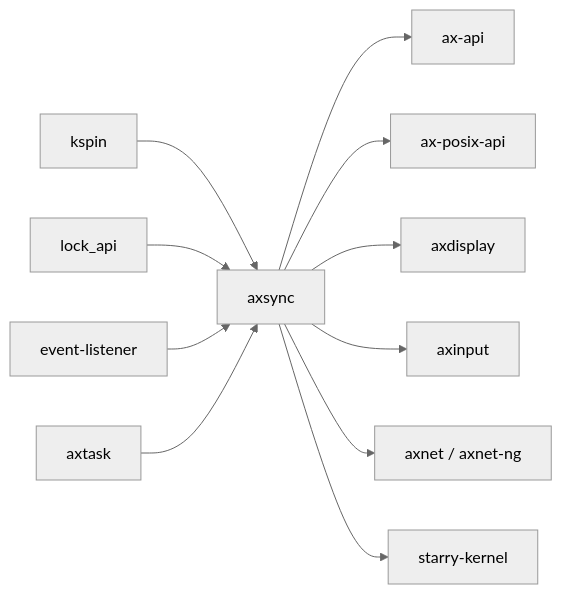
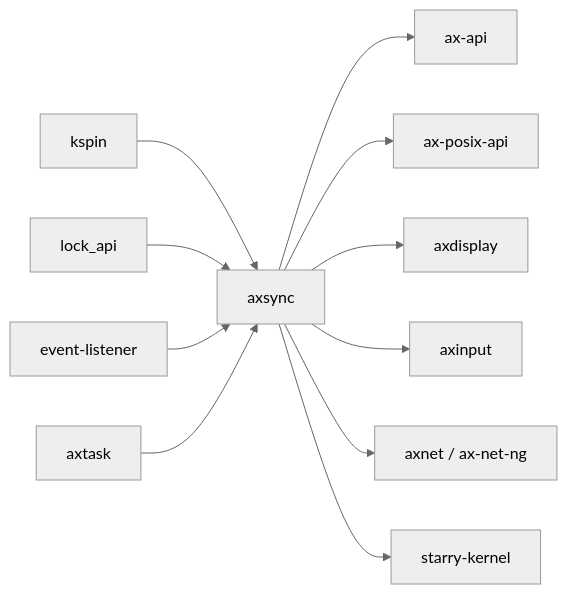
One commit to zKurisu/tgoskits changed the second of 2 diagrams in docs/crates/axsync.md. Above: the diagram before and after it, drawn with Mermaid (neutral theme). The commit also changed other lines of this file and 32 other files, not shown here.

Commit message:
rename axnet-ng to ax-net-ng

````diff
--- a/docs/crates/axsync.md
+++ b/docs/crates/axsync.md
@@ -109,14 +109,14 @@
 ```mermaid
 graph LR
     kspin["kspin"] --> axsync["axsync"]
     lock_api["lock_api"] --> axsync
     event_listener["event-listener"] --> axsync
     axtask["axtask"] --> axsync
 
     axsync --> ax-api["ax-api"]
     axsync --> ax-posix-api["ax-posix-api"]
     axsync --> axdisplay["axdisplay"]
     axsync --> axinput["axinput"]
-    axsync --> axnet["axnet / axnet-ng"]
+    axsync --> axnet["axnet / ax-net-ng"]
     axsync --> starry_kernel["starry-kernel"]
 ```
````
